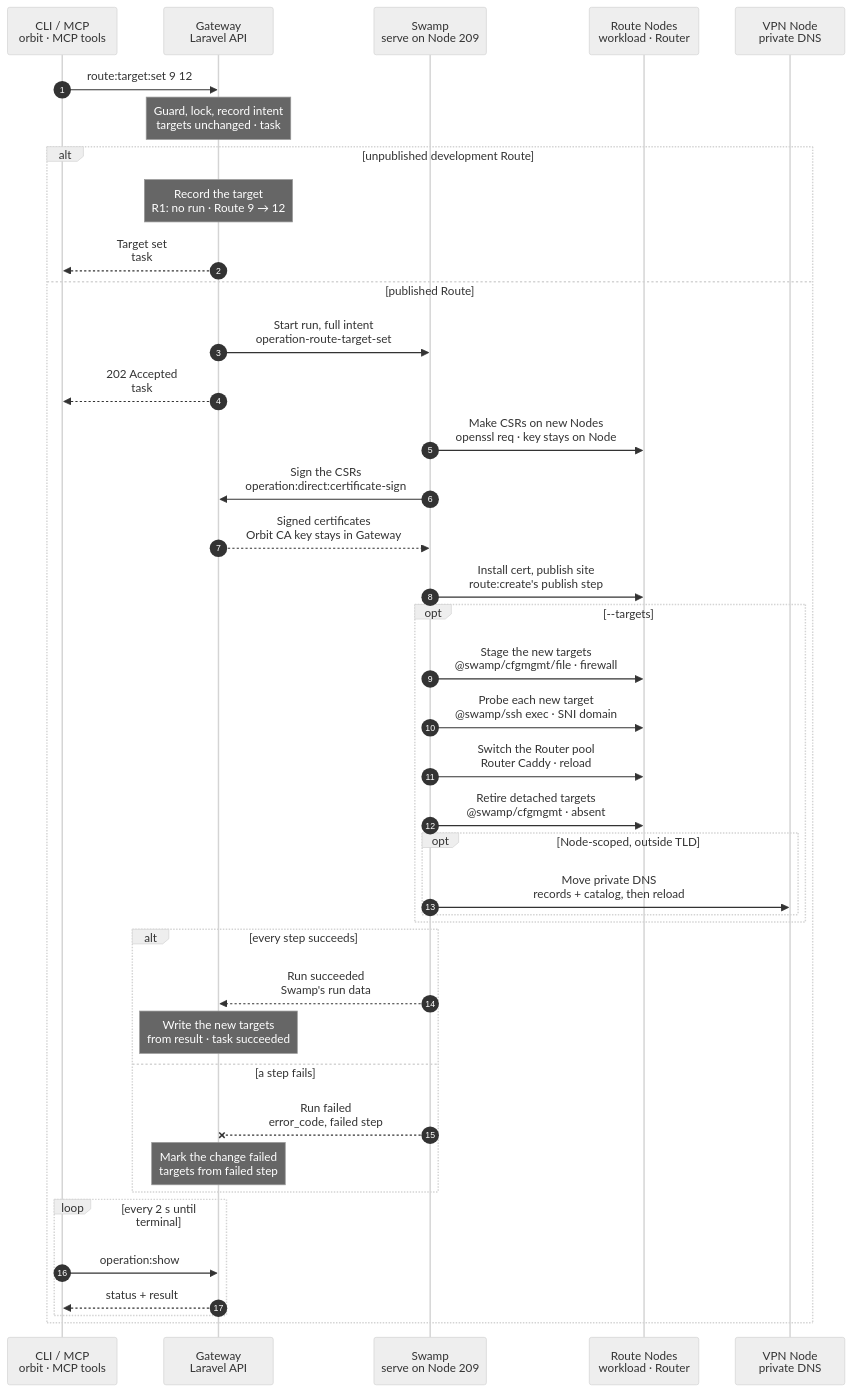
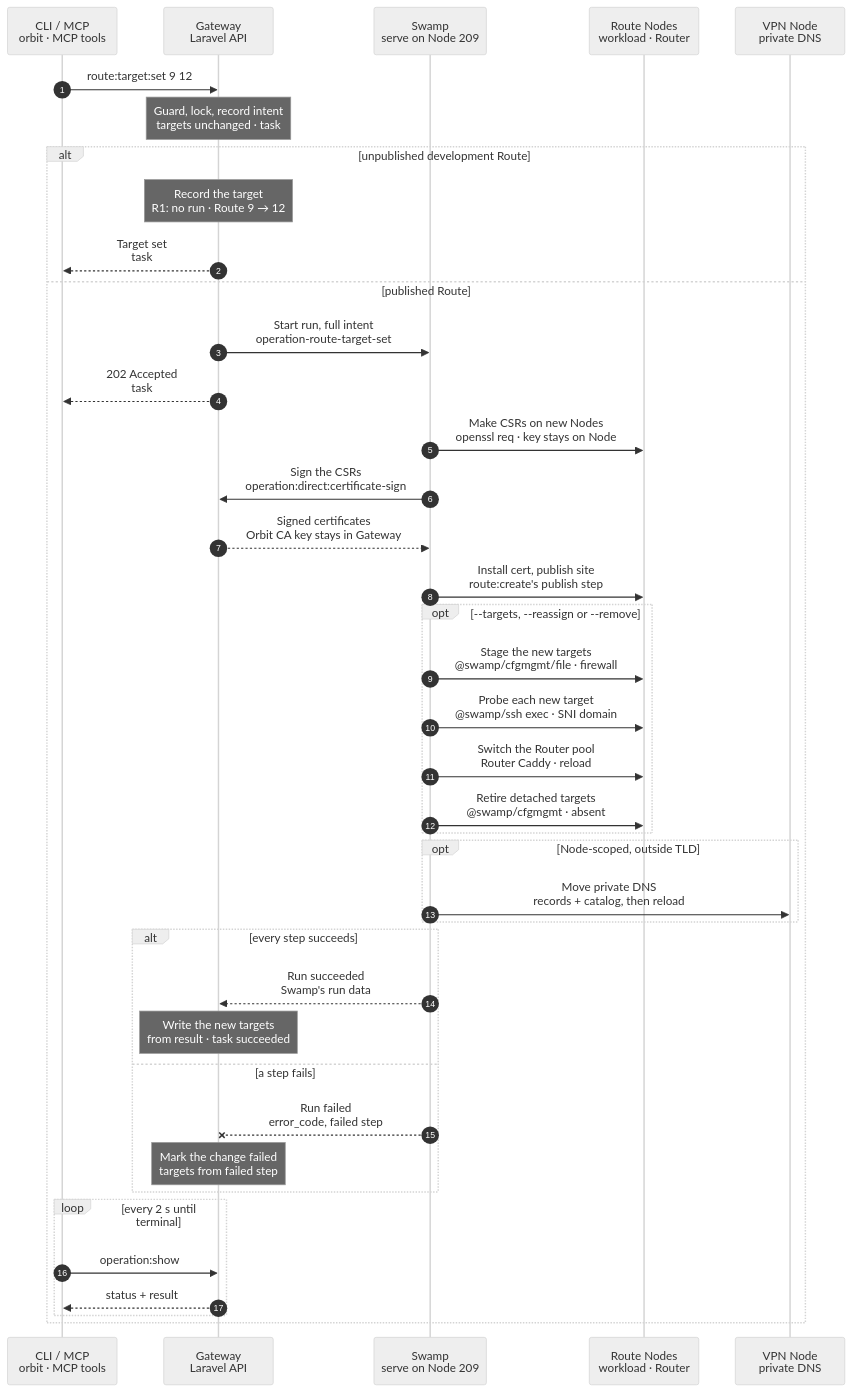
The diagram in docs/cli/route/target-set.mmd (hardimpactdev/orbit), drawn with Mermaid (neutral theme) before and after one commit.

Commit message:
docs(routes): show DNS moves outside the production pool options

```diff
--- a/docs/cli/route/target-set.mmd
+++ b/docs/cli/route/target-set.mmd
@@ -1,50 +1,50 @@
 sequenceDiagram
   %% Target design: Nick 2026-11-03, single-swamp-node, rules 14-25.
   %% status: draft
   %% command: route:target:set
   %% kind: route.target_set
   autonumber
   %% lane CLI icon=terminal pill=caller tone=gray
   %% lane GW icon=gateway pill=intent tone=blue
   %% lane SW icon=workflow pill=executes tone=green
   %% lane N icon=server pill=target tone=amber
   %% lane V icon=server pill=target tone=purple
   participant CLI as CLI / MCP<br/>orbit · MCP tools
   participant GW as Gateway<br/>Laravel API
   participant SW as Swamp<br/>serve on Node 209
   participant N as Route Nodes<br/>workload · Router
   participant V as VPN Node<br/>private DNS
   CLI->>GW: route:target:set 9 12
   Note over GW: Guard, lock, record intent<br/>targets unchanged · task #5140
   alt unpublished development Route
     Note over GW: Record the target<br/>R1: no run · Route 9 → 12
     GW-->>CLI: Target set<br/>task #5140 succeeded
   else published Route
     GW->>SW: Start run, full intent<br/>operation-route-target-set
     GW-->>CLI: 202 Accepted<br/>task #5140
     SW->>N: Make CSRs on new Nodes<br/>openssl req · key stays on Node
     SW->>GW: Sign the CSRs<br/>operation:direct:certificate-sign
     GW-->>SW: Signed certificates<br/>Orbit CA key stays in Gateway
     SW->>N: Install cert, publish site<br/>route:create's publish step
-    opt --targets
+    opt --targets, --reassign or --remove
       SW->>N: Stage the new targets<br/>@swamp/cfgmgmt/file · firewall
       SW->>N: Probe each new target<br/>@swamp/ssh exec · SNI domain
       %%> Runs from 209. A failed target probe stops the Router switch.
       SW->>N: Switch the Router pool<br/>Router Caddy · reload
       SW->>N: Retire detached targets<br/>@swamp/cfgmgmt · absent
-      opt Node-scoped, outside TLD
-        SW->>V: Move private DNS<br/>records + catalog, then reload
-      end
+    end
+    opt Node-scoped, outside TLD
+      SW->>V: Move private DNS<br/>records + catalog, then reload
     end
     alt every step succeeds
       SW-->>GW: Run succeeded<br/>Swamp's run data
       Note over GW: Write the new targets<br/>from result · task succeeded
     else a step fails
       SW--xGW: Run failed<br/>error_code, failed step
       Note over GW: Mark the change failed<br/>targets from failed step
     end
     loop every 2 s until terminal
       CLI->>GW: operation:show #5140
       GW-->>CLI: status + result
     end
   end
```
